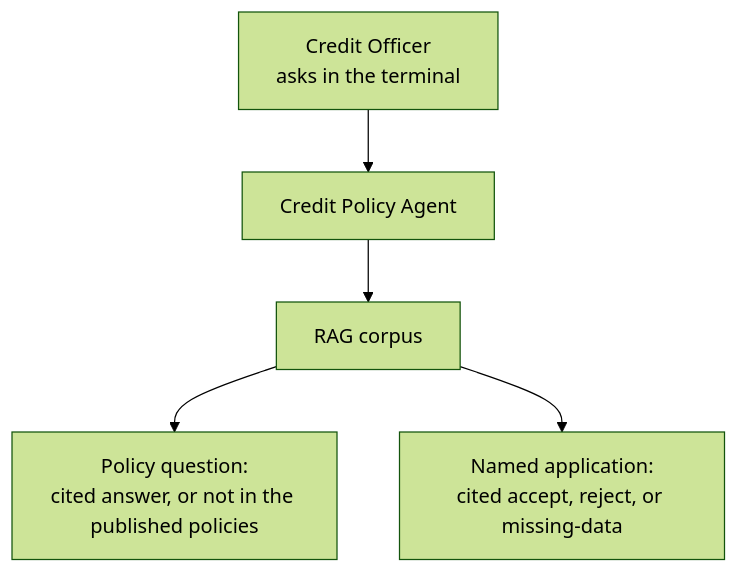
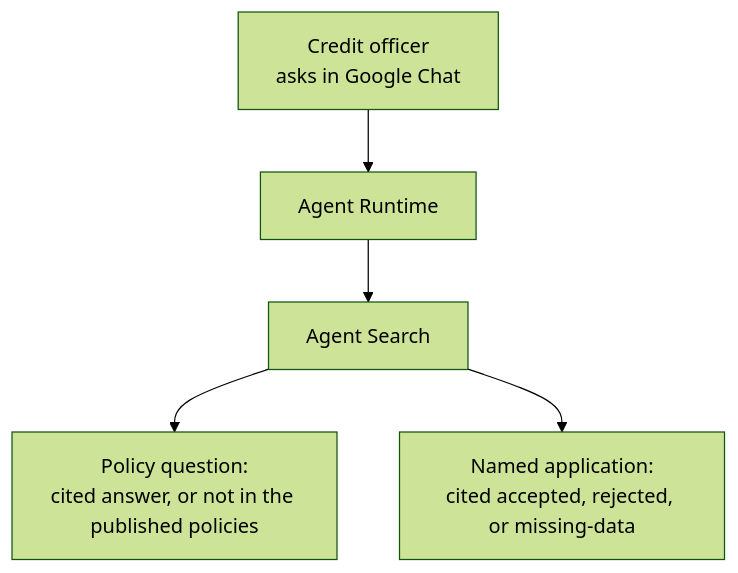
The first of 2 diagrams in README.md (kborovik/google-gemini-platform), drawn with Mermaid (forest theme) before and after one commit. The commit also changed other lines of this file and 3 other files, not shown here.

First line of the commit message:
T12: sync README and docs/demo.md to the Chat + Agent Search path

````diff
--- a/README.md
+++ b/README.md
@@ -17,7 +17,7 @@
 ```mermaid
 flowchart TB
-  A[Credit Officer<br/>asks in the terminal] --> B[Credit Policy Agent]
-  B --> C[RAG corpus]
+  A[Credit officer<br/>asks in Google Chat] --> B[Agent Runtime]
+  B --> C[Agent Search]
   C --> D[Policy question:<br/>cited answer, or not in the published policies]
-  C --> E[Named application:<br/>cited accept, reject, or missing-data]
+  C --> E[Named application:<br/>cited accepted, rejected, or missing-data]
 ```
````
